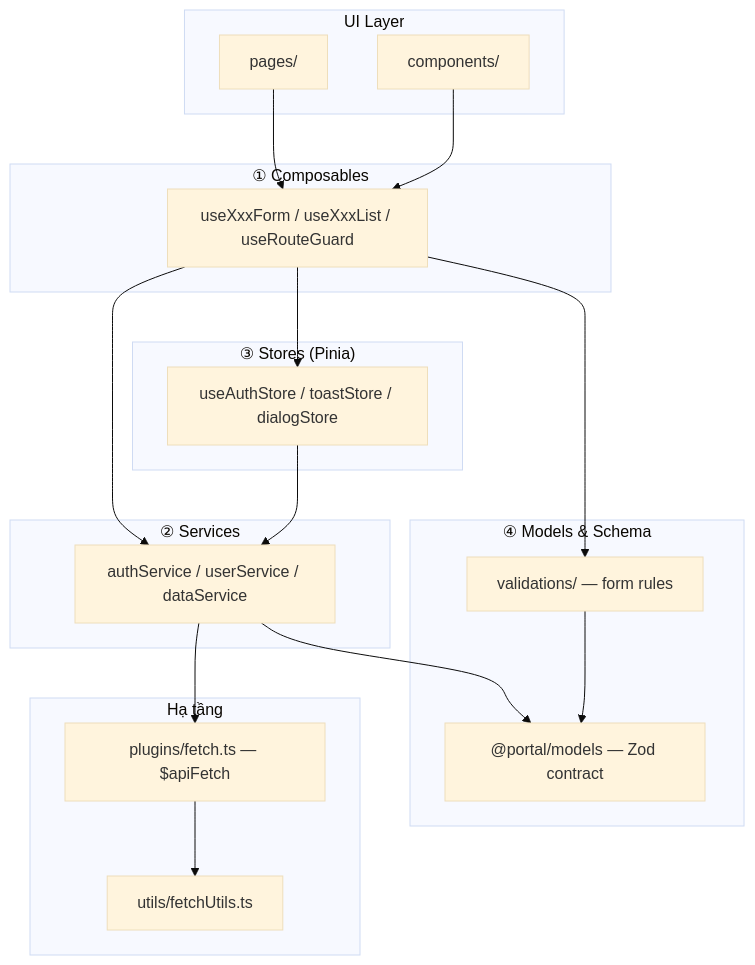
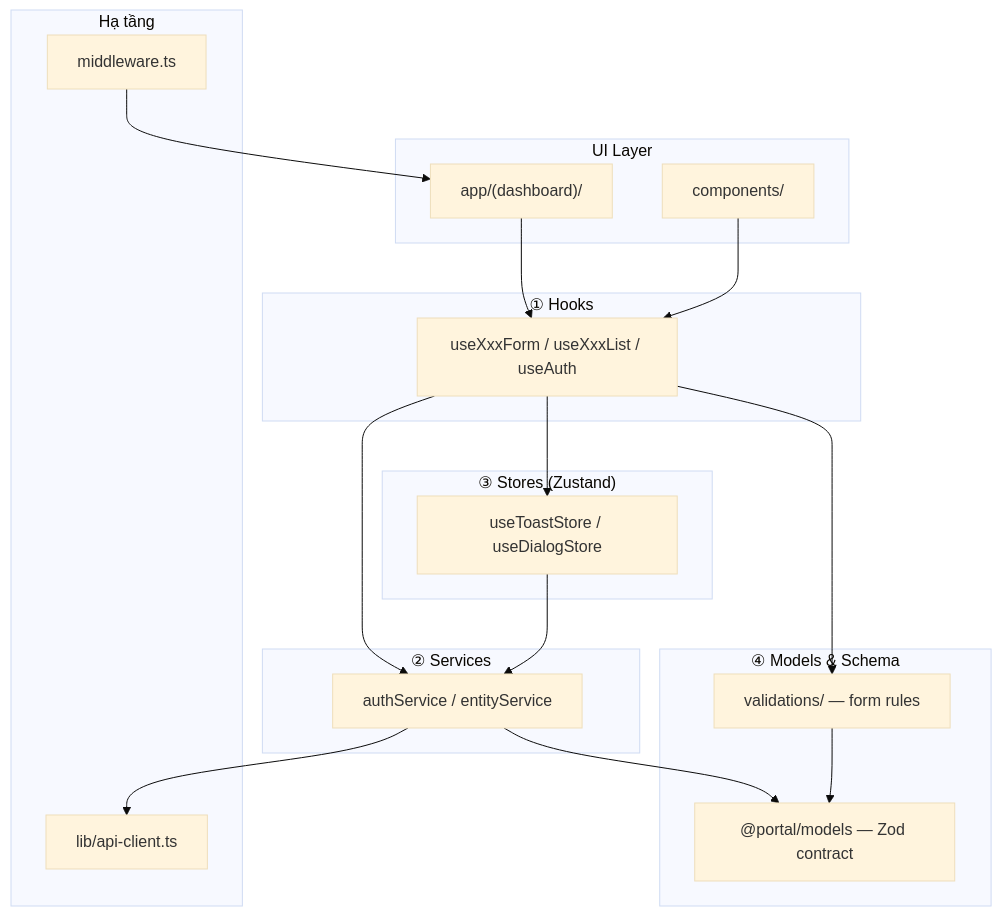
Before and after one commit to raintr91/next_nest: the second of 2 diagrams in docs/operational/ARCHITECTURE.md, drawn with Mermaid (base theme). The commit also changed other lines of this file and 836 other files, not shown here.

````diff
--- a/docs/operational/ARCHITECTURE.md
+++ b/docs/operational/ARCHITECTURE.md
@@ -60,40 +62,40 @@
 ```mermaid
 flowchart TB
   subgraph UI["UI Layer"]
-    P[pages/]
+    P["app/(dashboard)/"]
     C[components/]
   end
 
-  subgraph L1["① Composables"]
-    CO[useXxxForm / useXxxList / useRouteGuard]
+  subgraph L1["① Hooks"]
+    HO[useXxxForm / useXxxList / useAuth]
   end
 
   subgraph L2["② Services"]
-    SV[authService / userService / dataService]
+    SV[authService / entityService]
   end
 
-  subgraph L3["③ Stores (Pinia)"]
-    ST[useAuthStore / toastStore / dialogStore]
+  subgraph L3["③ Stores (Zustand)"]
+    ST[useToastStore / useDialogStore]
   end
 
   subgraph L4["④ Models & Schema"]
     MO["@portal/models — Zod contract"]
     VA[validations/ — form rules]
   end
 
   subgraph Infra["Hạ tầng"]
-    PL[plugins/fetch.ts — $apiFetch]
-    UT[utils/fetchUtils.ts]
+    API_CLIENT[lib/api-client.ts]
+    MW[middleware.ts]
   end
 
-  P --> CO
-  C --> CO
-  CO --> ST
-  CO --> SV
-  SV --> PL
+  P --> HO
+  C --> HO
+  HO --> ST
+  HO --> SV
+  SV --> API_CLIENT
   ST --> SV
   SV --> MO
-  CO --> VA
+  HO --> VA
   VA --> MO
-  PL --> UT
+  MW --> P
 ```
````
